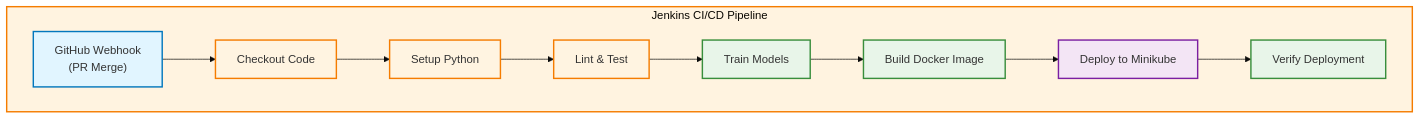
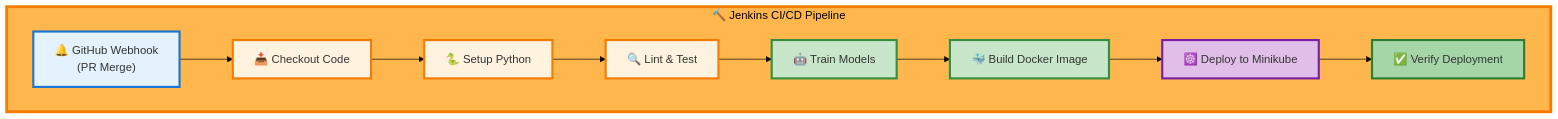
Before and after one commit to 2024aa05820/heart-disease-mlops: the fifth of 9 diagrams in README.md, drawn with Mermaid (base theme). The commit also changed other lines of this file, not shown here.

First line of the commit message:
Enhance Mermaid diagrams with vibrant colors and better visibility

````diff
--- a/README.md
+++ b/README.md
@@ -325,22 +347,22 @@
 ```mermaid
 graph TB
-    subgraph JEN_PIPELINE["Jenkins CI/CD Pipeline"]
-        A["GitHub Webhook<br/>(PR Merge)"] --> B["Checkout Code"]
-        B --> C["Setup Python"]
-        C --> D["Lint & Test"]
-        D --> E["Train Models"]
-        E --> F["Build Docker Image"]
-        F --> G["Deploy to Minikube"]
-        G --> H["Verify Deployment"]
+    subgraph JEN_PIPELINE["🔨 Jenkins CI/CD Pipeline"]
+        A["🔔 GitHub Webhook<br/>(PR Merge)"] --> B["📥 Checkout Code"]
+        B --> C["🐍 Setup Python"]
+        C --> D["🔍 Lint & Test"]
+        D --> E["🤖 Train Models"]
+        E --> F["🐳 Build Docker Image"]
+        F --> G["☸️ Deploy to Minikube"]
+        G --> H["✅ Verify Deployment"]
     end
     
-    style JEN_PIPELINE fill:#fff3e0,stroke:#f57c00,stroke-width:2px
-    style A fill:#e1f5ff,stroke:#0277bd,stroke-width:2px
-    style B fill:#fff4e1,stroke:#f57c00,stroke-width:2px
-    style C fill:#fff4e1,stroke:#f57c00,stroke-width:2px
-    style D fill:#fff4e1,stroke:#f57c00,stroke-width:2px
-    style E fill:#e8f5e9,stroke:#388e3c,stroke-width:2px
-    style F fill:#e8f5e9,stroke:#388e3c,stroke-width:2px
-    style G fill:#f3e5f5,stroke:#7b1fa2,stroke-width:2px
-    style H fill:#e8f5e9,stroke:#388e3c,stroke-width:2px
+    style JEN_PIPELINE fill:#FFB74D,stroke:#F57C00,stroke-width:4px,color:#000
+    style A fill:#E3F2FD,stroke:#1976D2,stroke-width:3px
+    style B fill:#FFF3E0,stroke:#F57C00,stroke-width:3px
+    style C fill:#FFF3E0,stroke:#F57C00,stroke-width:3px
+    style D fill:#FFF3E0,stroke:#F57C00,stroke-width:3px
+    style E fill:#C8E6C9,stroke:#388E3C,stroke-width:3px
+    style F fill:#C8E6C9,stroke:#388E3C,stroke-width:3px
+    style G fill:#E1BEE7,stroke:#7B1FA2,stroke-width:3px
+    style H fill:#A5D6A7,stroke:#2E7D32,stroke-width:3px
 ```
````
